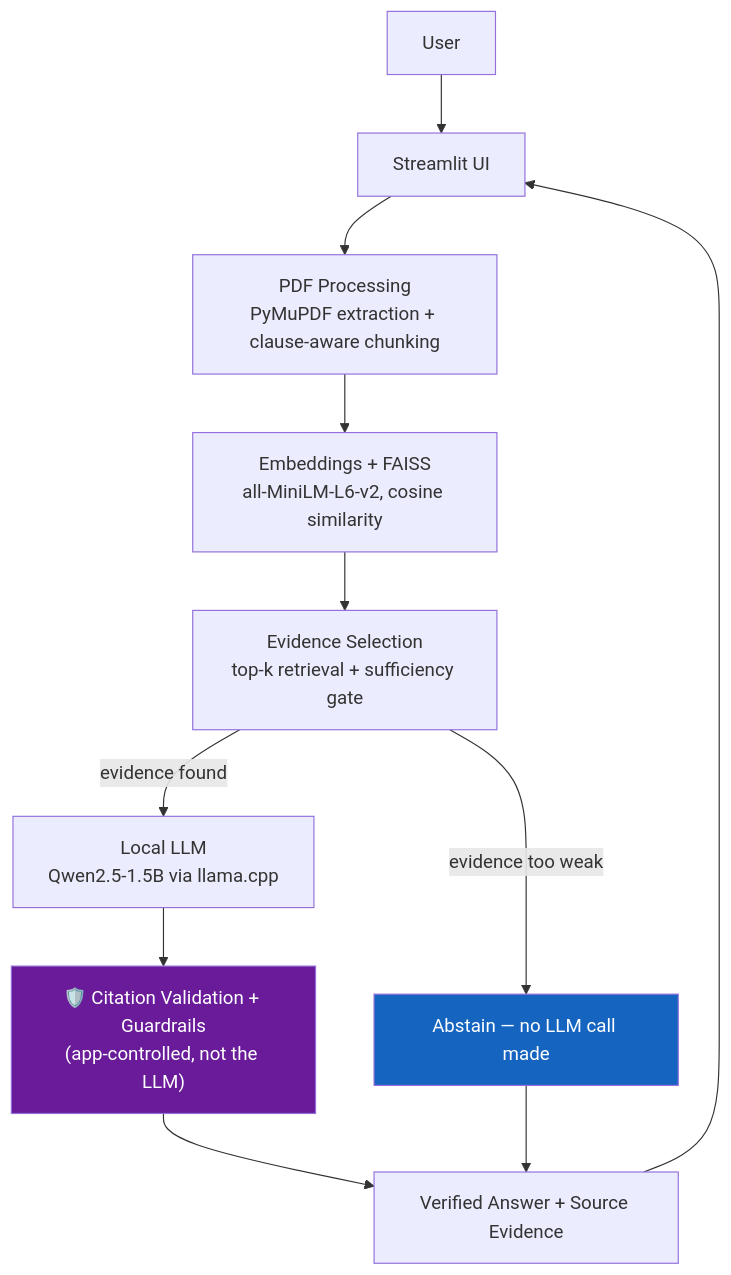
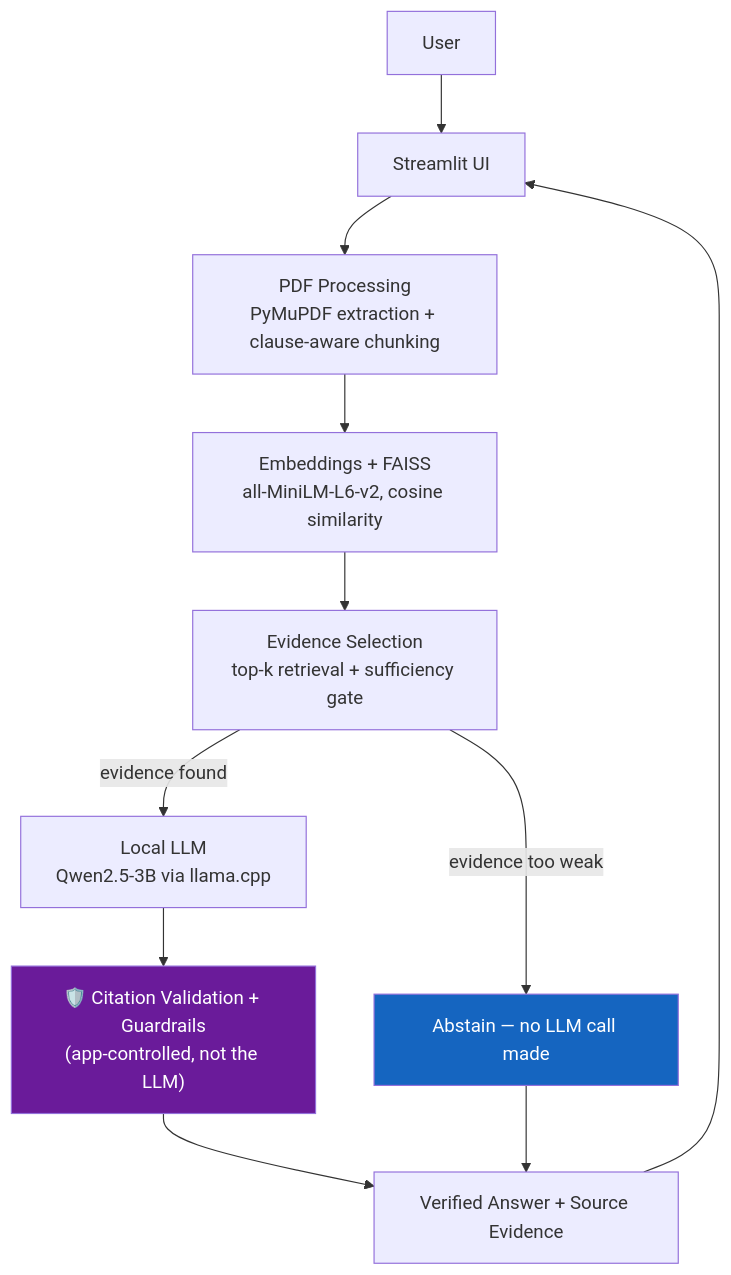
Before and after one commit to roomslabdesigns-collab/insurance-policy-explainer: the diagram in README.md, drawn with Mermaid. The commit also changed other lines of this file and 21 other files, not shown here.

````diff
--- a/README.md
+++ b/README.md
@@ -40,16 +40,16 @@
 ```mermaid
 flowchart TD
     U[User] --> UI[Streamlit UI]
     UI --> PDF[PDF Processing<br/>PyMuPDF extraction + clause-aware chunking]
     PDF --> IDX[Embeddings + FAISS<br/>all-MiniLM-L6-v2, cosine similarity]
     IDX --> SEL[Evidence Selection<br/>top-k retrieval + sufficiency gate]
-    SEL -->|evidence found| LLM[Local LLM<br/>Qwen2.5-1.5B via llama.cpp]
+    SEL -->|evidence found| LLM[Local LLM<br/>Qwen2.5-3B via llama.cpp]
     SEL -->|evidence too weak| ABSTAIN1[Abstain — no LLM call made]
     LLM --> TRUST["🛡️ Citation Validation + Guardrails<br/>(app-controlled, not the LLM)"]
     TRUST --> ANSWER[Verified Answer + Source Evidence]
     ABSTAIN1 --> ANSWER
     ANSWER --> UI
 
     style TRUST fill:#6A1B9A,color:#fff
     style ABSTAIN1 fill:#1565C0,color:#fff
 ```
````
